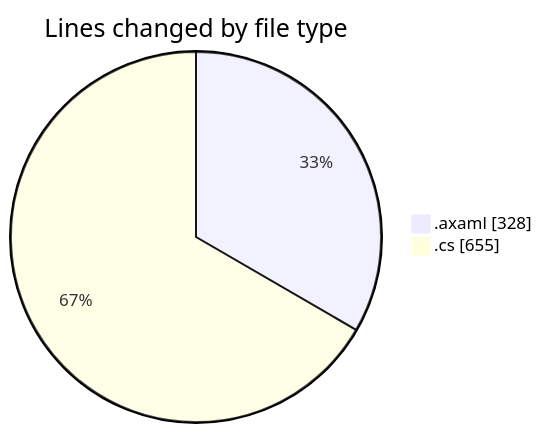
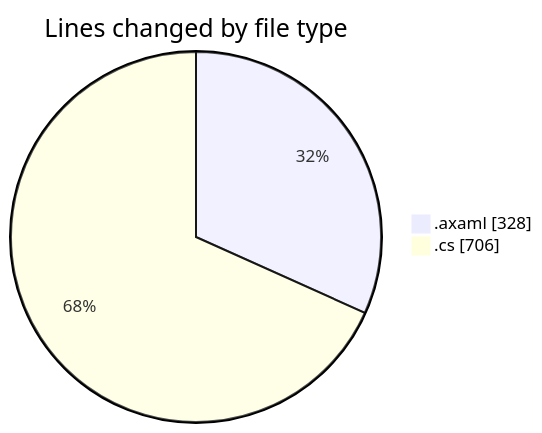
Before and after one commit to Netris89/code-tracking: the first of 2 diagrams in 2025-11-01/skintrack/README.md, drawn with Mermaid. The commit also changed other lines of this file and 1 other file, not shown here.

````diff
--- a/2025-11-01/skintrack/README.md
+++ b/2025-11-01/skintrack/README.md
@@ -26,6 +26,6 @@
 ```mermaid
 pie showData
 title Lines changed by file type
 ".axaml" : 328
-".cs" : 655
+".cs" : 706
 ```
````
